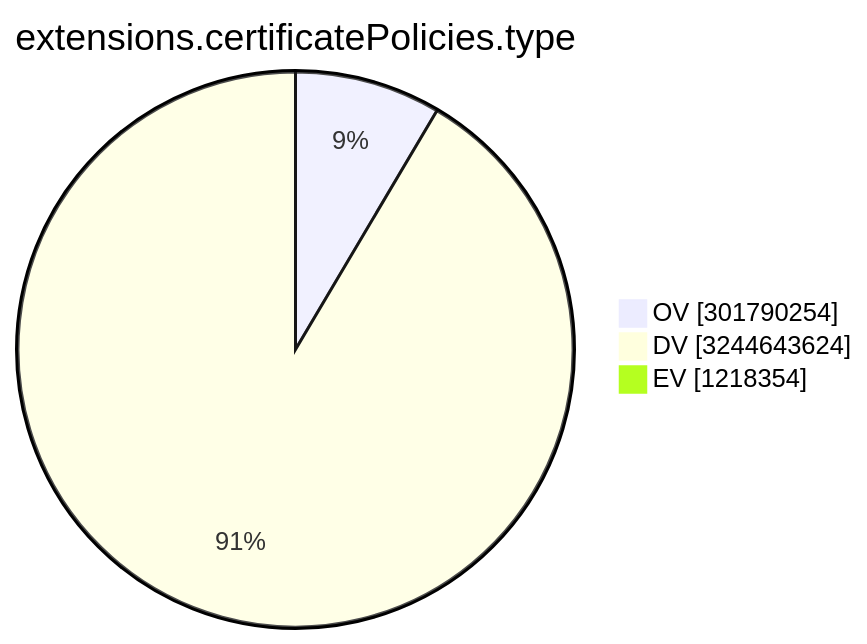
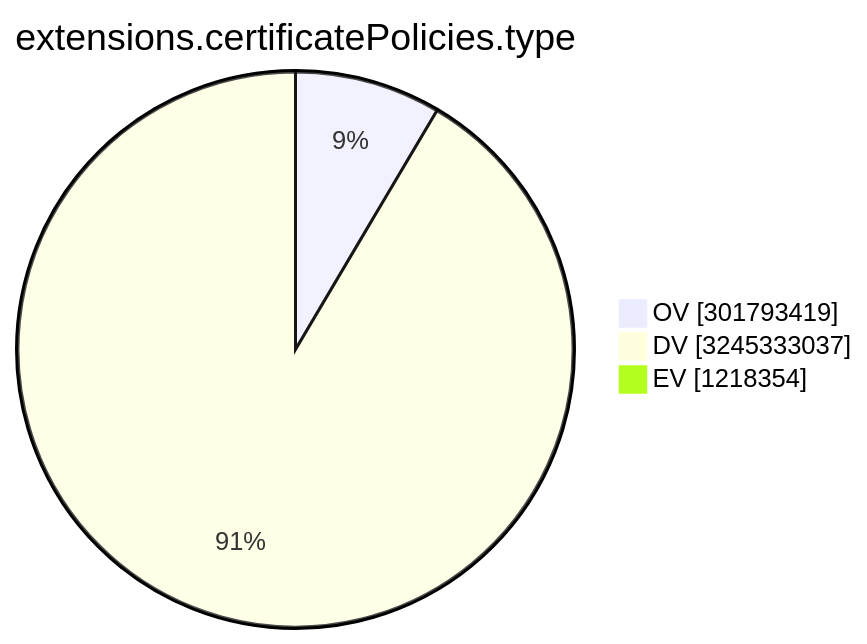
One commit to christiankrug/ctmonitor_visualization changed the ninth of 15 diagrams in TOTAL/README.md. Above: the diagram before and after it, drawn with Mermaid. The commit also changed other lines of this file, not shown here.

````diff
--- a/TOTAL/README.md
+++ b/TOTAL/README.md
@@ -3107,7 +3107,7 @@
 ```mermaid
 pie showData
 title extensions.certificatePolicies.type
-"OV" :301790254
-"DV" :3244643624
+"OV" :301793419
+"DV" :3245333037
 "EV" :1218354
 ```
````
